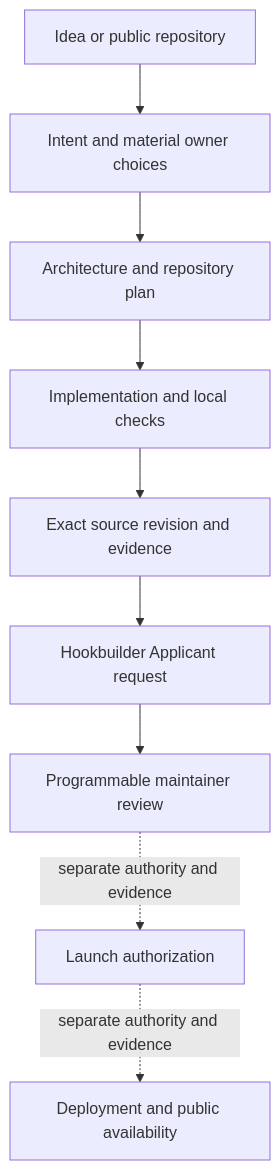
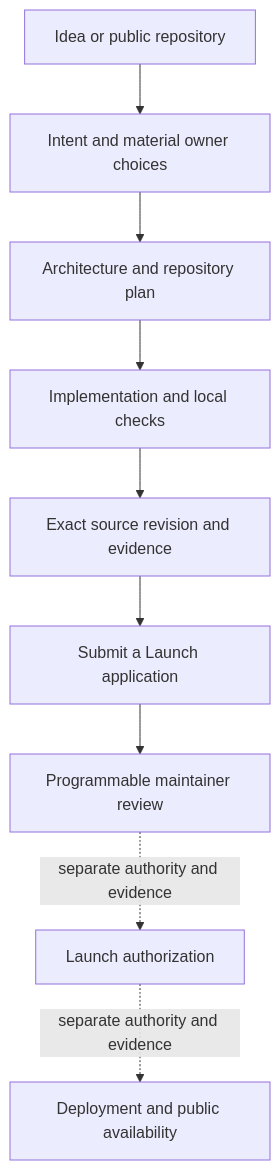
One commit to 0xprogrammable/hookbuilder changed the diagram in README.md. Above: the diagram before and after it, drawn with Mermaid. The commit also changed other lines of this file and 110 other files, not shown here.

Commit message:
fix: route applications through submit-launch (#27)

````diff
--- a/README.md
+++ b/README.md
@@ -93,11 +93,11 @@
 ```mermaid
 flowchart TD
   A["Idea or public repository"] --> B["Intent and material owner choices"]
   B --> C["Architecture and repository plan"]
   C --> D["Implementation and local checks"]
   D --> E["Exact source revision and evidence"]
-  E --> R["Hookbuilder Applicant request"]
+  E --> R["Submit a Launch application"]
   R --> F["Programmable maintainer review"]
   F -. "separate authority and evidence" .-> G["Launch authorization"]
   G -. "separate authority and evidence" .-> H["Deployment and public availability"]
 ```
````
